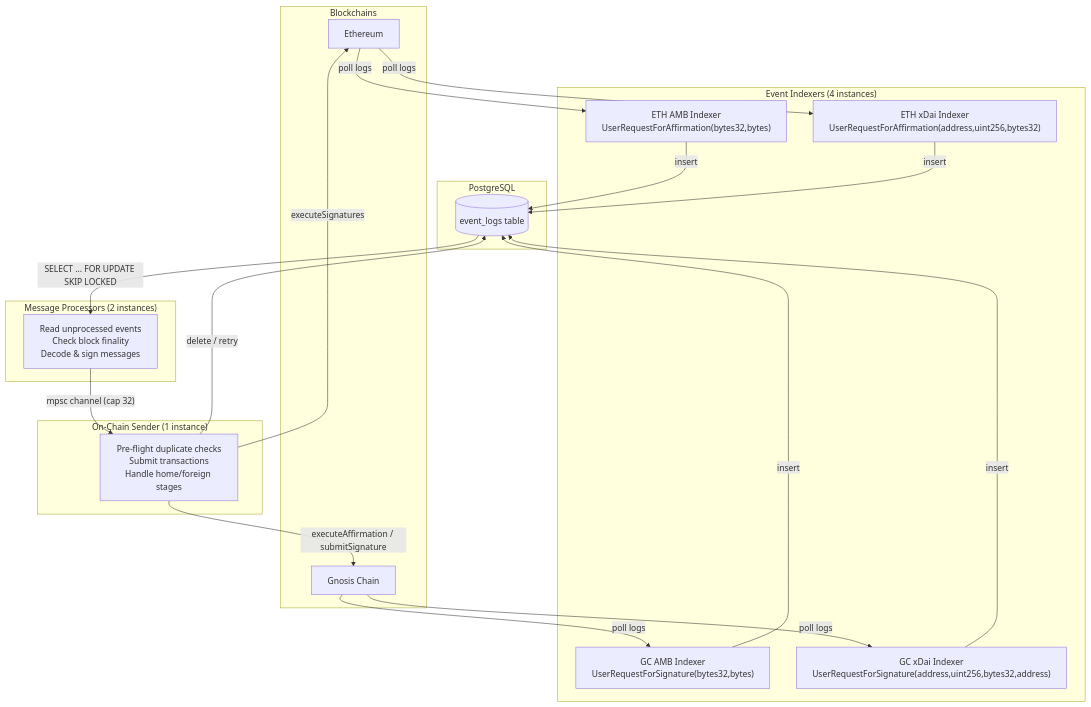
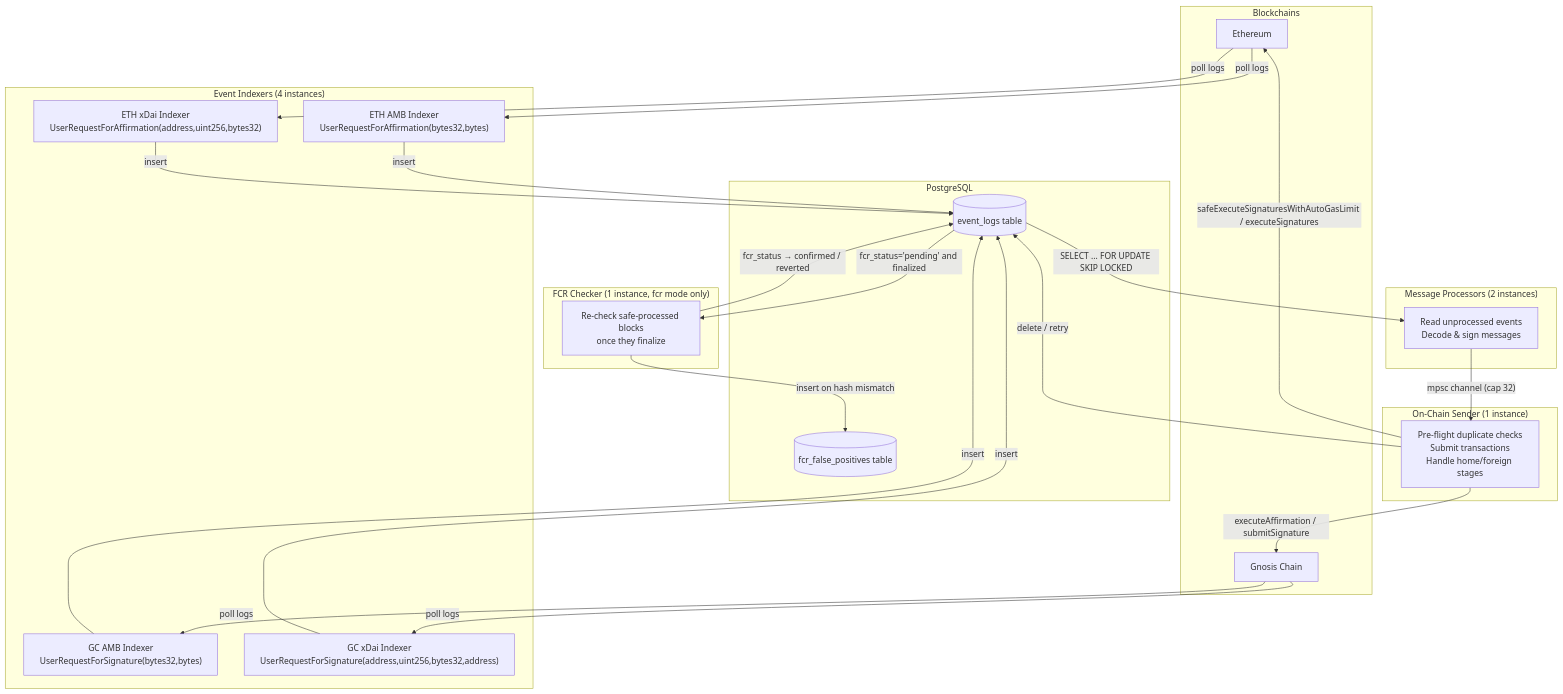
Before and after one commit to gnosischain/bridge-validator: the first of 3 diagrams in README.md, drawn with Mermaid. The commit also changed other lines of this file and 6 other files, not shown here.

````diff
--- a/README.md
+++ b/README.md
@@ -21,43 +21,52 @@
 ```mermaid
 flowchart TB
     subgraph Blockchains
         ETH[Ethereum]
         GC[Gnosis Chain]
     end
 
     subgraph EventIndexers["Event Indexers (4 instances)"]
         IE1["ETH AMB Indexer<br/>UserRequestForAffirmation(bytes32,bytes)"]
         IE2["ETH xDai Indexer<br/>UserRequestForAffirmation(address,uint256,bytes32)"]
         IG1["GC AMB Indexer<br/>UserRequestForSignature(bytes32,bytes)"]
         IG2["GC xDai Indexer<br/>UserRequestForSignature(address,uint256,bytes32,address)"]
     end
 
     subgraph DB["PostgreSQL"]
         EL[(event_logs table)]
+        FP[(fcr_false_positives table)]
     end
 
     subgraph MsgProcessors["Message Processors (2 instances)"]
-        MP["Read unprocessed events<br/>Check block finality<br/>Decode & sign messages"]
+        MP["Read unprocessed events<br/>Decode & sign messages"]
     end
 
     subgraph Sender["On-Chain Sender (1 instance)"]
         OCS["Pre-flight duplicate checks<br/>Submit transactions<br/>Handle home/foreign stages"]
+    end
+
+    subgraph Checker["FCR Checker (1 instance, fcr mode only)"]
+        FCR["Re-check safe-processed blocks<br/>once they finalize"]
     end
 
     ETH -->|poll logs| IE1
     ETH -->|poll logs| IE2
     GC -->|poll logs| IG1
     GC -->|poll logs| IG2
 
     IE1 -->|insert| EL
     IE2 -->|insert| EL
     IG1 -->|insert| EL
     IG2 -->|insert| EL
 
     EL -->|"SELECT ... FOR UPDATE SKIP LOCKED"| MP
     MP -->|"mpsc channel (cap 32)"| OCS
 
     OCS -->|executeAffirmation / submitSignature| GC
-    OCS -->|executeSignatures| ETH
+    OCS -->|"safeExecuteSignaturesWithAutoGasLimit / executeSignatures"| ETH
     OCS -->|"delete / retry"| EL
+
+    EL -->|"fcr_status='pending' and finalized"| FCR
+    FCR -->|"fcr_status → confirmed / reverted"| EL
+    FCR -->|insert on hash mismatch| FP
 ```
````
